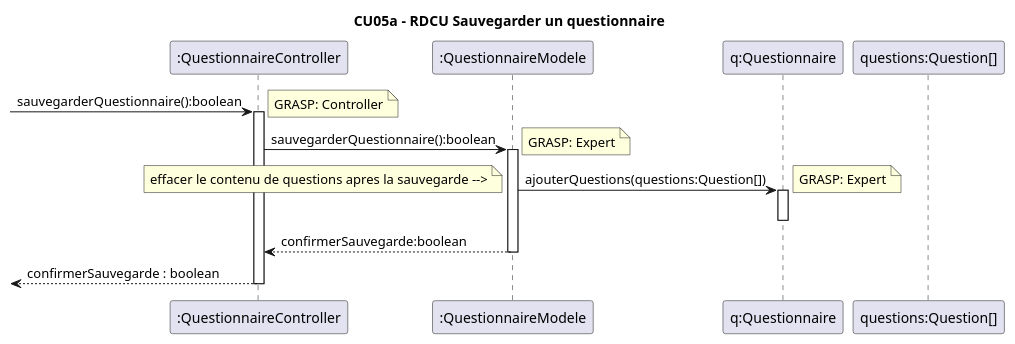
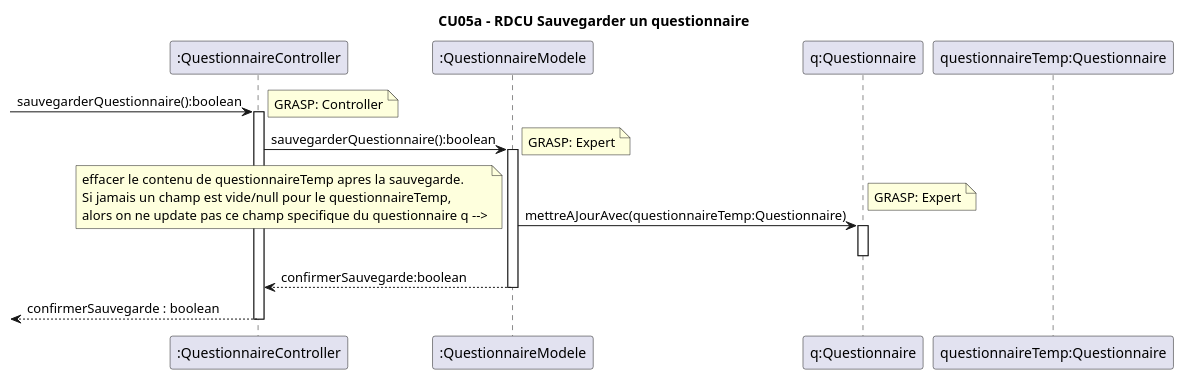
Before and after one commit to xMrYahya/moodle-clone: the diagram in docs/modeles/cu05/rdcu-sauvegarder-questionnaire.puml, drawn with PlantUML. The commit also changed 10 other files, not shown here.

Commit message:
fin des rdcu pour CU05c - modifier un questionnaire + petites correction/modifications du dss pour CU05

```diff
--- a/docs/modeles/cu05/rdcu-sauvegarder-questionnaire.puml
+++ b/docs/modeles/cu05/rdcu-sauvegarder-questionnaire.puml
@@ -1,23 +1,27 @@
 @startuml
 title CU05a - RDCU Sauvegarder un questionnaire
 
 participant ":QuestionnaireController" as controller
 participant ":QuestionnaireModele" as questionnaireModele
 participant "q:Questionnaire" as questionnaire
-participant "questions:Question[]" as tab
+participant "questionnaireTemp:Questionnaire"
 
 -> controller : sauvegarderQuestionnaire():boolean
 note right: GRASP: Controller
 activate controller
 controller -> questionnaireModele ++: sauvegarderQuestionnaire():boolean
 note right: GRASP: Expert
-questionnaireModele -> questionnaire ++: ajouterQuestions(questions:Question[])
+questionnaireModele -> questionnaire ++: mettreAJourAvec(questionnaireTemp:Questionnaire)
 note right: GRASP: Expert
 deactivate questionnaire
-note bottom: effacer le contenu de questions apres la sauvegarde -->
+note bottom 
+effacer le contenu de questionnaireTemp apres la sauvegarde.
+Si jamais un champ est vide/null pour le questionnaireTemp,
+alors on ne update pas ce champ specifique du questionnaire q -->
+end note
 questionnaireModele --> controller : confirmerSauvegarde:boolean
 deactivate questionnaireModele
 <-- controller : confirmerSauvegarde : boolean
 deactivate controller
 
 @enduml
```
